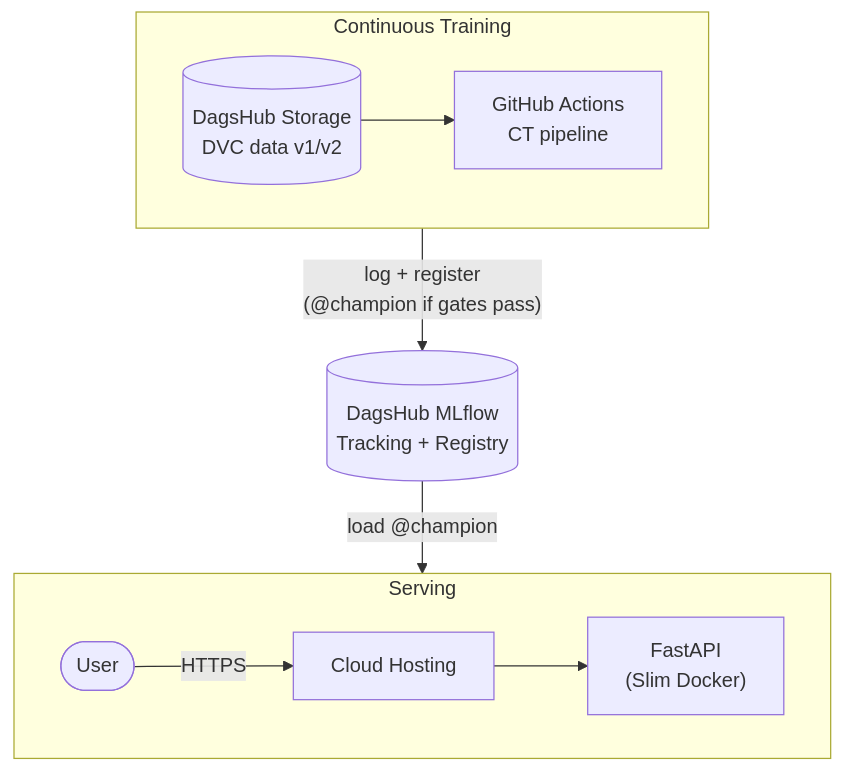
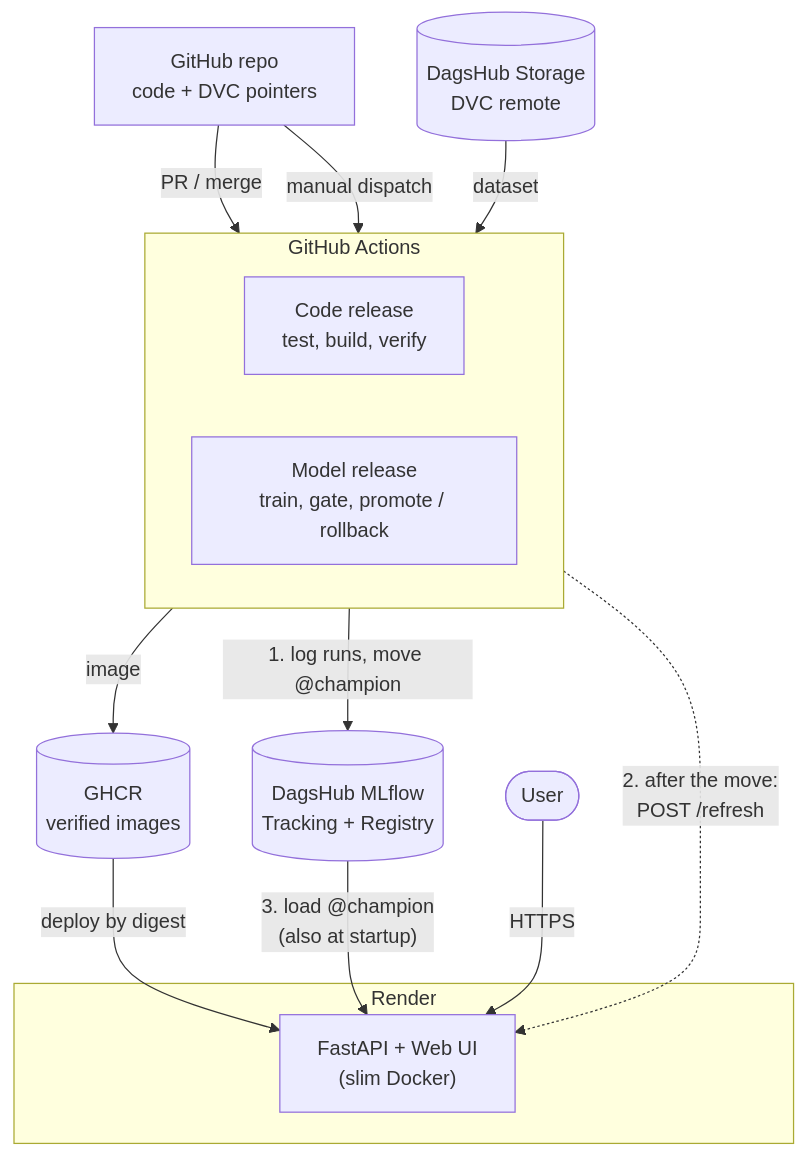
Before and after one commit to ChenAuCarre/enercast-mlops: the first of 2 diagrams in README.md, drawn with Mermaid. The commit also changed other lines of this file and 3 other files, not shown here.

First line of the commit message:
docs: add architecture and process diagrams (#40)

````diff
--- a/README.md
+++ b/README.md
@@ -11,13 +11,26 @@
 ```mermaid
 flowchart TB
-    subgraph Training["Continuous Training"]
+    Repo["GitHub repo<br/>code + DVC pointers"]
+    DVC[("DagsHub Storage<br/>DVC remote")]
+    subgraph GHA["GitHub Actions"]
         direction LR
-        DVC[("DagsHub Storage<br/>DVC data v1/v2")] --> CT["GitHub Actions<br/>CT pipeline"]
+        CR["Code release<br/>test, build, verify"]
+        MR["Model release<br/>train, gate, promote / rollback"]
     end
-    CT -- "log + register<br/>(@champion if gates pass)" --> MLF[("DagsHub MLflow<br/>Tracking + Registry")]
-    subgraph Serving["Serving"]
-        direction LR
-        User(["User"]) -- HTTPS --> Host["Cloud Hosting"] --> API["FastAPI<br/>(Slim Docker)"]
+    GHCR[("GHCR<br/>verified images")]
+    MLF[("DagsHub MLflow<br/>Tracking + Registry")]
+    subgraph Render["Render"]
+        API["FastAPI + Web UI<br/>(slim Docker)"]
     end
-    MLF -- "load @champion" --> API
+    User(["User"])
+
+    Repo -- "PR / merge" --> CR
+    Repo -- "manual dispatch" --> MR
+    DVC -- "dataset" --> MR
+    CR -- "image" --> GHCR
+    GHCR -- "deploy by digest" --> API
+    MR -- "1. log runs, move @champion" --> MLF
+    MR -. "2. after the move:<br/>POST /refresh" .-> API
+    MLF -- "3. load @champion<br/>(also at startup)" --> API
+    User -- HTTPS --> API
 ```
````
